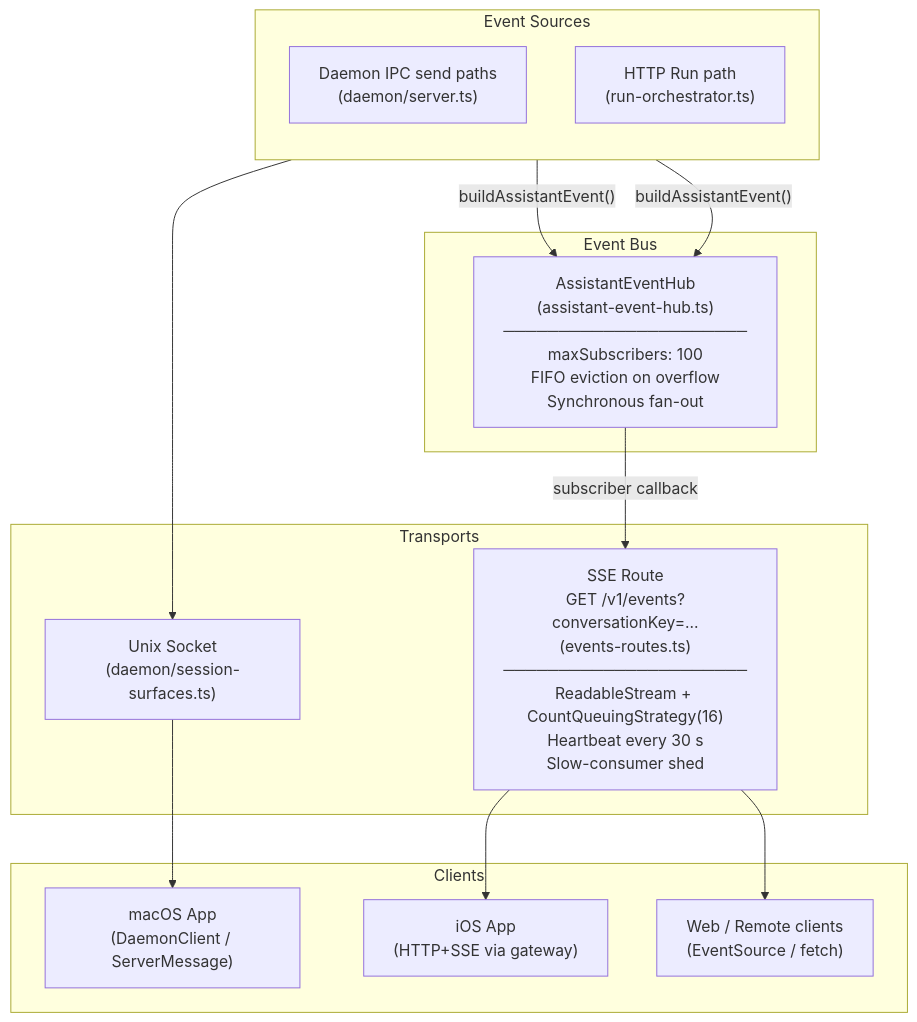
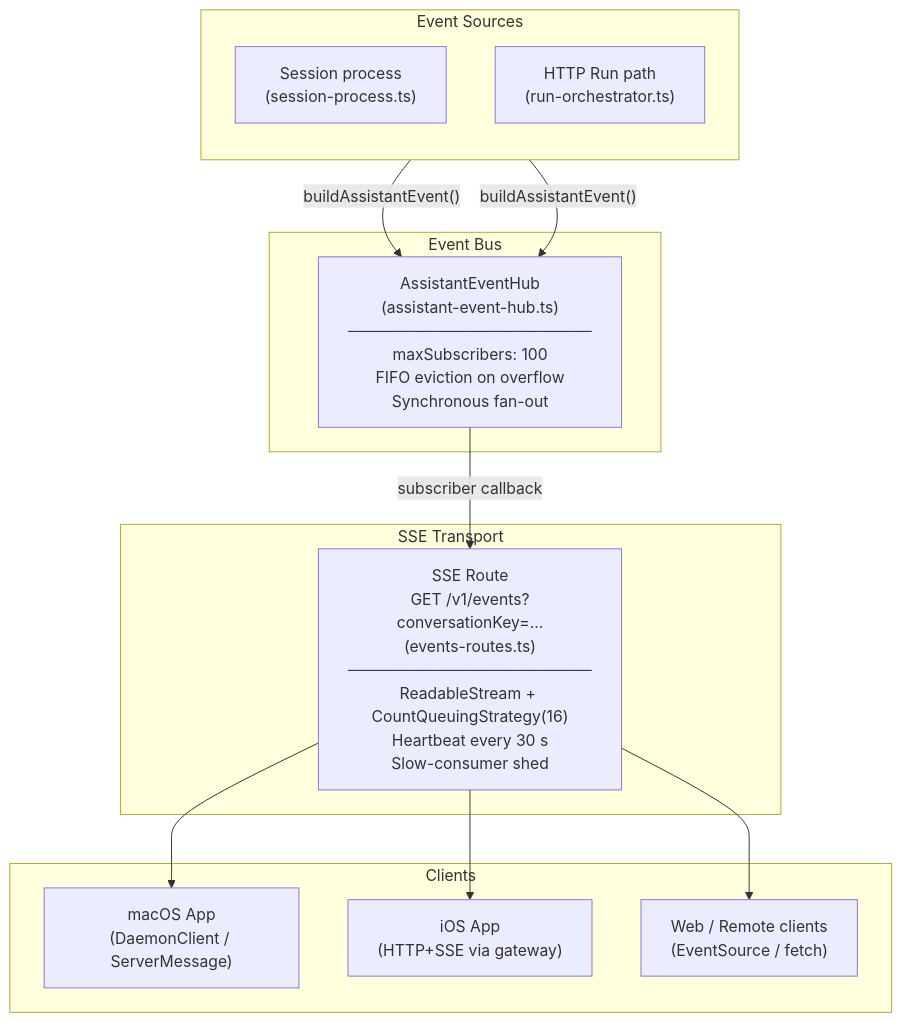
Diagram 17 of 17 in assistant/ARCHITECTURE.md (vellum-ai/vellum-assistant), drawn with Mermaid before and after one commit. The commit also changed other lines of this file and 23 other files, not shown here.

First line of the commit message:
refactor: remove IPC/socket references from documentation and feature flags

````diff
--- a/assistant/ARCHITECTURE.md
+++ b/assistant/ARCHITECTURE.md
@@ -1915,33 +1697,31 @@
 ```mermaid
 graph TB
     subgraph "Event Sources"
         direction TB
-        IPC_DAEMON["Daemon IPC send paths<br/>(daemon/server.ts)"]
+        SESSION["Session process<br/>(session-process.ts)"]
         HTTP_RUN["HTTP Run path<br/>(run-orchestrator.ts)"]
     end
 
     subgraph "Event Bus"
         HUB["AssistantEventHub<br/>(assistant-event-hub.ts)<br/>──────────────────────<br/>maxSubscribers: 100<br/>FIFO eviction on overflow<br/>Synchronous fan-out"]
     end
 
-    subgraph "Transports"
+    subgraph "SSE Transport"
         SSE_ROUTE["SSE Route<br/>GET /v1/events?conversationKey=...<br/>(events-routes.ts)<br/>──────────────────────<br/>ReadableStream + CountQueuingStrategy(16)<br/>Heartbeat every 30 s<br/>Slow-consumer shed"]
-        SOCK["Unix Socket<br/>(daemon/session-surfaces.ts)"]
     end
 
     subgraph "Clients"
         MACOS["macOS App<br/>(DaemonClient / ServerMessage)"]
         IOS["iOS App<br/>(HTTP+SSE via gateway)"]
         WEB["Web / Remote clients<br/>(EventSource / fetch)"]
     end
 
-    IPC_DAEMON -->|"buildAssistantEvent()"| HUB
+    SESSION -->|"buildAssistantEvent()"| HUB
     HTTP_RUN -->|"buildAssistantEvent()"| HUB
-    IPC_DAEMON --> SOCK
 
     HUB -->|"subscriber callback"| SSE_ROUTE
 
-    SOCK --> MACOS
+    SSE_ROUTE --> MACOS
     SSE_ROUTE --> IOS
     SSE_ROUTE --> WEB
 ```
````
